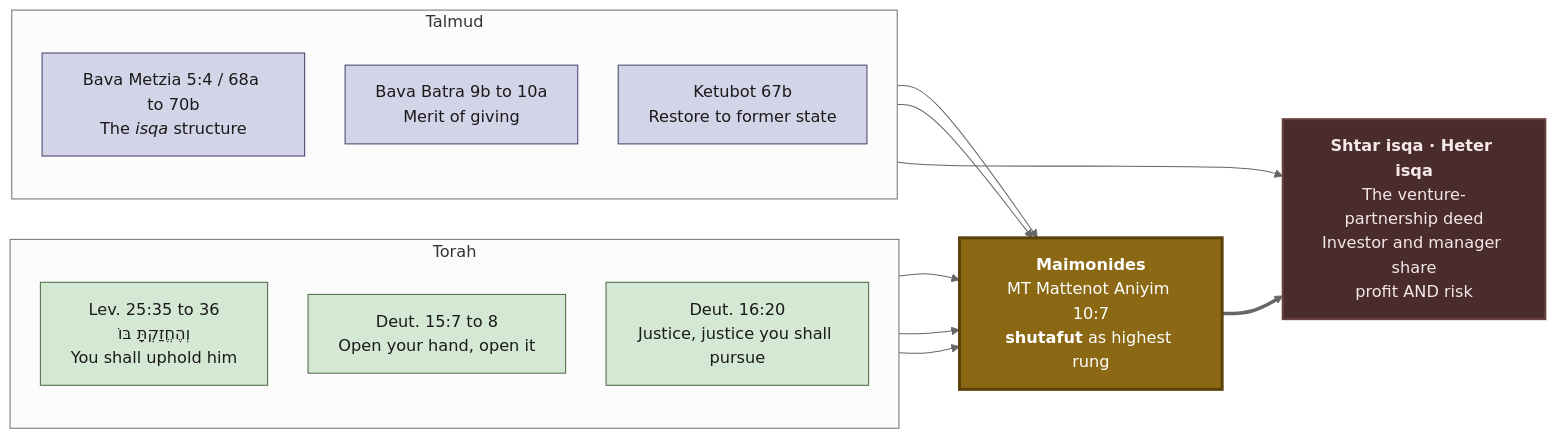
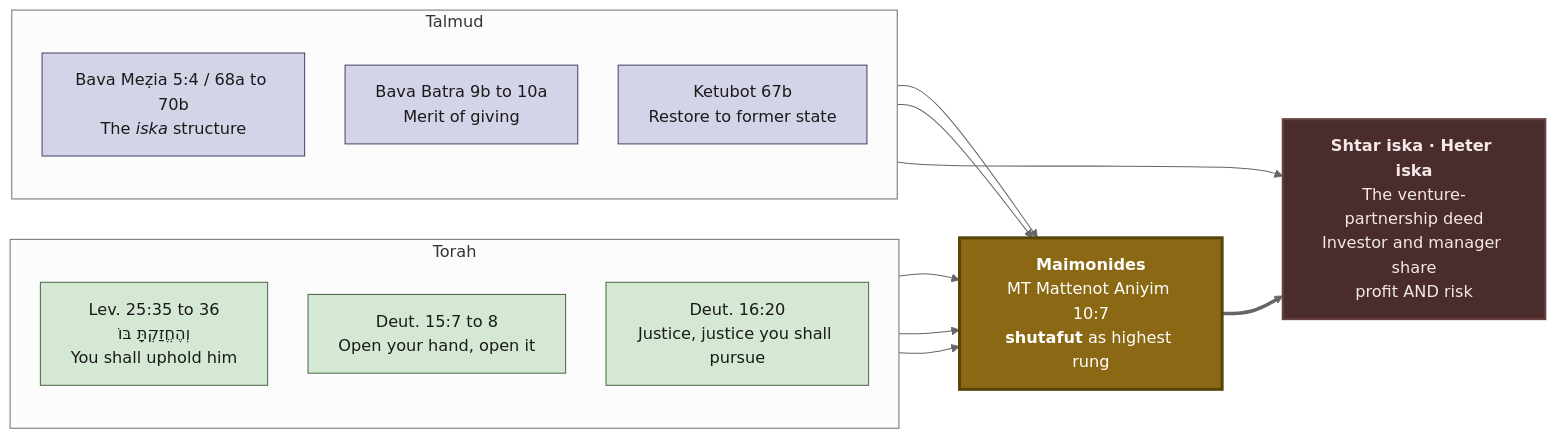
The seventh of 8 diagrams in _pages/lineage.md (Oranburg/LEP), drawn with Mermaid before and after one commit. The commit also changed other lines of this file and 35 other files, not shown here.

```diff
--- a/_pages/lineage.md
+++ b/_pages/lineage.md
@@ -154,41 +154,41 @@
 <div class="mermaid" markdown="0">
 %%{init: {'theme':'neutral','flowchart':{'curve':'basis','nodeSpacing':40,'rankSpacing':60},'themeVariables':{'fontSize':'16px','fontFamily':'Georgia, serif'}}}%%
 flowchart LR
     subgraph TORAH ["Torah"]
         direction TB
         LEV["Lev. 25:35 to 36<br/>וְהֶחֱזַקְתָּ בּוֹ<br/>You shall uphold him"]
         DEUT1["Deut. 15:7 to 8<br/>Open your hand, open it"]
         DEUT2["Deut. 16:20<br/>Justice, justice you shall pursue"]
     end
     subgraph TALMUD ["Talmud"]
         direction TB
-        BM["Bava Metzia 5:4 / 68a to 70b<br/>The <i>isqa</i> structure"]
+        BM["Bava Meẓia 5:4 / 68a to 70b<br/>The <i>iska</i> structure"]
         BB["Bava Batra 9b to 10a<br/>Merit of giving"]
         KET["Ketubot 67b<br/>Restore to former state"]
     end
     RAMBAM["<b>Maimonides</b><br/>MT Mattenot Aniyim 10:7<br/><b>shutafut</b> as highest rung"]
-    HETER["<b>Shtar isqa · Heter isqa</b><br/>The venture-partnership deed<br/>Investor and manager share<br/>profit AND risk"]
+    HETER["<b>Shtar iska · Heter iska</b><br/>The venture-partnership deed<br/>Investor and manager share<br/>profit AND risk"]
     LEV --> RAMBAM
     DEUT1 --> RAMBAM
     DEUT2 --> RAMBAM
     BB --> RAMBAM
     KET --> RAMBAM
     BM --> HETER
     RAMBAM ==> HETER
     style RAMBAM fill:#8B6914,color:#ffffff,stroke:#5a4309,stroke-width:3px
     style HETER fill:#4a2c2c,color:#f4e8e8,stroke:#6a4141,stroke-width:2px
     style LEV fill:#d4e8d4,color:#1a1a1a,stroke:#4a6741
     style DEUT1 fill:#d4e8d4,color:#1a1a1a,stroke:#4a6741
     style DEUT2 fill:#d4e8d4,color:#1a1a1a,stroke:#4a6741
     style BM fill:#d4d4e8,color:#1a1a1a,stroke:#41416a
     style BB fill:#d4d4e8,color:#1a1a1a,stroke:#41416a
     style KET fill:#d4d4e8,color:#1a1a1a,stroke:#41416a
     click LEV call openFig("leviticus-25-35-36")
     click DEUT1 call openFig("deuteronomy-15-7-8")
     click DEUT2 call openFig("deuteronomy-16-20")
     click BM call openFig("bava-metzia-5-4-68a-70b")
     click BB call openFig("bava-batra-9b-10a")
     click KET call openFig("ketubot-67b")
     click RAMBAM call openFig("maimonides-mattenot-aniyim-10-7-14")
-    click HETER call openFig("heter-isqa-tradition")
+    click HETER call openFig("heter-iska-tradition")
 </div>
```
